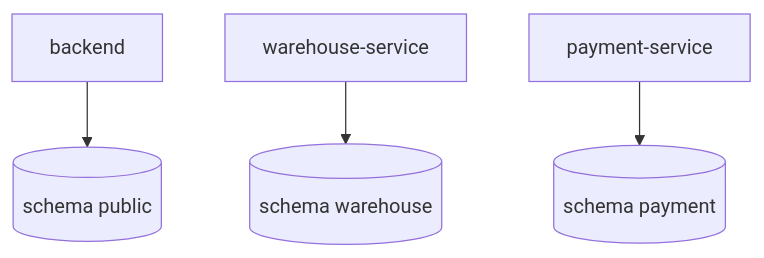
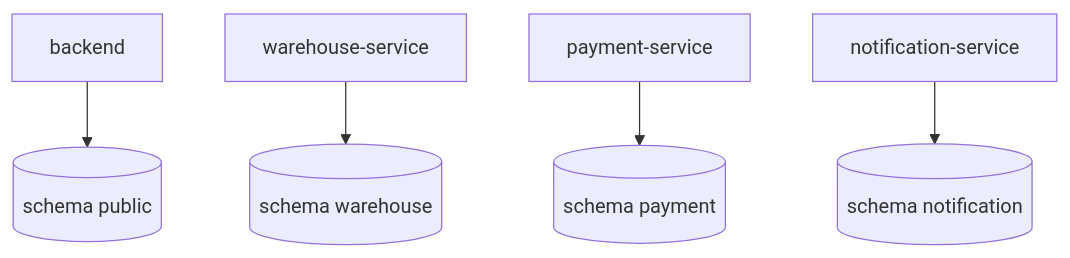
Before and after one commit to slawekradzyminski/awesome-localstack: the diagram in docs-site/docs/architecture/data.md, drawn with Mermaid. The commit also changed other lines of this file and 32 other files, not shown here.

First line of the commit message:
Document notification-service, reservations and split shipments

````diff
--- a/docs-site/docs/architecture/data.md
+++ b/docs-site/docs/architecture/data.md
@@ -7,6 +7,7 @@
 ```mermaid
 flowchart TB
     B[backend] --> PUB[(schema public)]
     W[warehouse-service] --> WH[(schema warehouse)]
     P[payment-service] --> PAY[(schema payment)]
+    N[notification-service] --> NOT[(schema notification)]
 ```
````
